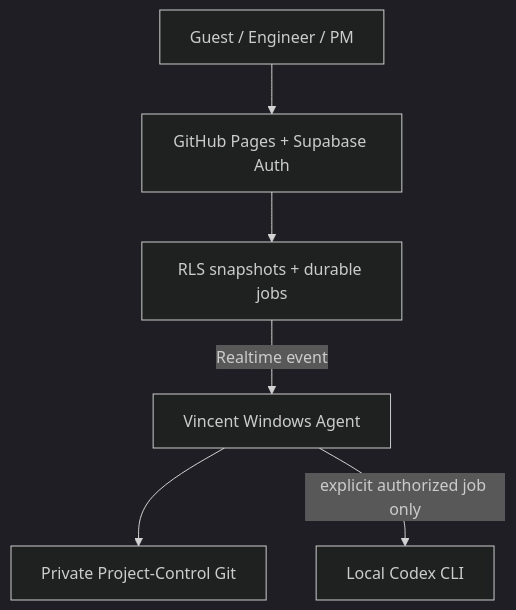
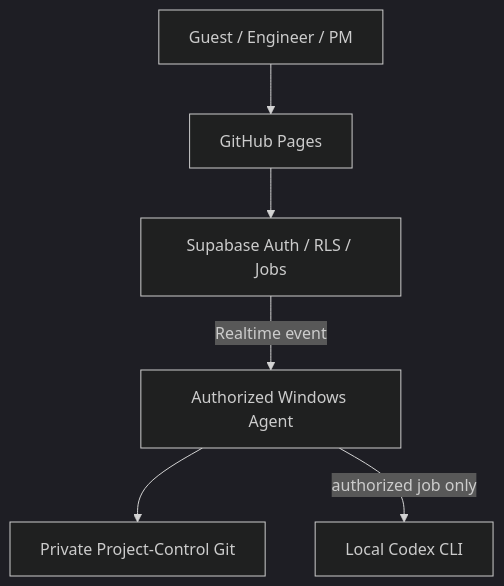
The diagram in README.md (smartport-ntume/SmartPort-Progress-Hub), drawn with Mermaid (dark theme) before and after one commit. The commit also changed other lines of this file, not shown here.

Commit message:
Document the live Supabase Gateway deployment

````diff
--- a/README.md
+++ b/README.md
@@ -7,8 +22,8 @@
 ```mermaid
 flowchart TD
-    U["Guest / Engineer / PM"] --> S["GitHub Pages + Supabase Auth"]
-    S --> D["RLS snapshots + durable jobs"]
-    D -->|"Realtime event"| A["Vincent Windows Agent"]
+    U["Guest / Engineer / PM"] --> W["GitHub Pages"]
+    W --> S["Supabase Auth / RLS / Jobs"]
+    S -->|"Realtime event"| A["Authorized Windows Agent"]
     A --> G["Private Project-Control Git"]
-    A -->|"explicit authorized job only"| C["Local Codex CLI"]
+    A -->|"authorized job only"| C["Local Codex CLI"]
 ```
````
